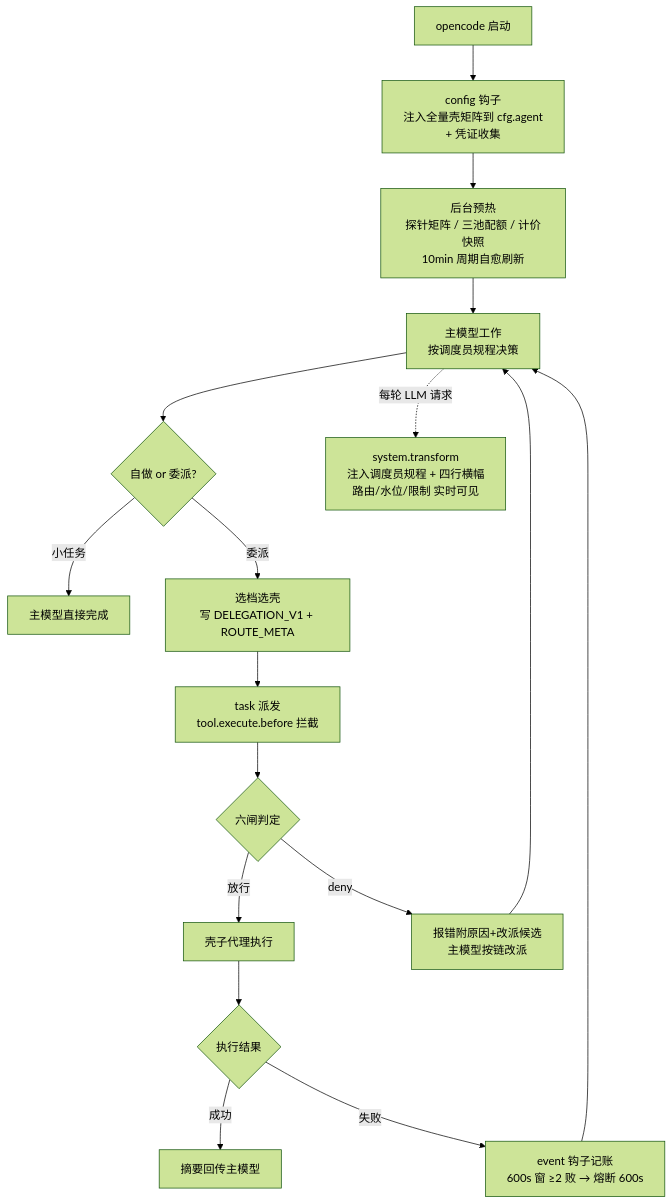
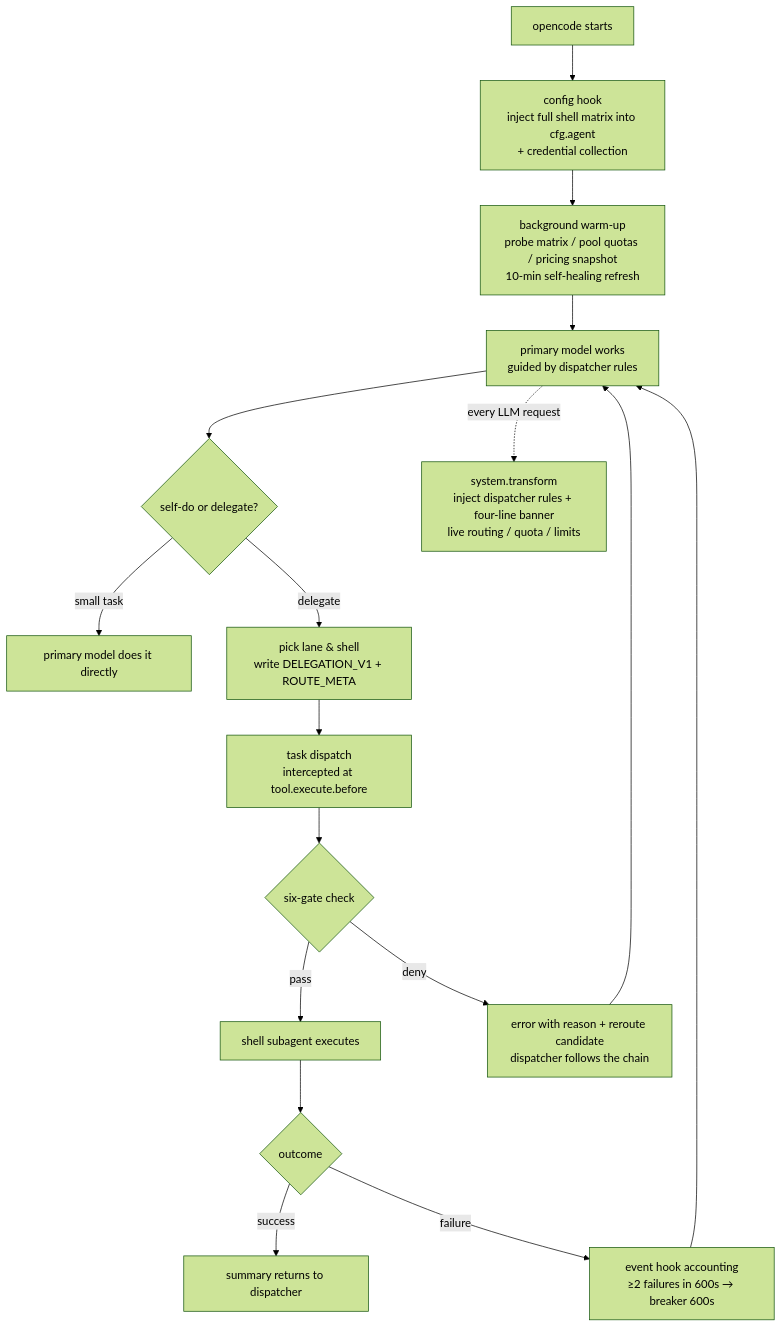
One commit to mrzturn/opencode-switchman changed the diagram in README.md. Above: the diagram before and after it, drawn with Mermaid (forest theme). The commit also changed other lines of this file and 4 other files, not shown here.

````diff
--- a/README.md
+++ b/README.md
@@ -137,19 +137,19 @@
 ```mermaid
 flowchart TD
-    A[opencode 启动] --> B[config 钩子<br/>注入全量壳矩阵到 cfg.agent<br/>+ 凭证收集]
-    B --> C[后台预热<br/>探针矩阵 / 三池配额 / 计价快照<br/>10min 周期自愈刷新]
-    C --> D[主模型工作<br/>按调度员规程决策]
-    D --> E{自做 or 委派?}
-    E -->|小任务| Z[主模型直接完成]
-    E -->|委派| F[选档选壳<br/>写 DELEGATION_V1 + ROUTE_META]
-    F --> G[task 派发<br/>tool.execute.before 拦截]
-    G --> H{六闸判定}
-    H -->|放行| I[壳子代理执行]
-    H -->|deny| J[报错附原因+改派候选<br/>主模型按链改派]
-    I --> K{执行结果}
-    K -->|成功| L[摘要回传主模型]
-    K -->|失败| M[event 钩子记账<br/>600s 窗 ≥2 败 → 熔断 600s]
+    A[opencode starts] --> B[config hook<br/>inject full shell matrix into cfg.agent<br/>+ credential collection]
+    B --> C[background warm-up<br/>probe matrix / pool quotas / pricing snapshot<br/>10-min self-healing refresh]
+    C --> D[primary model works<br/>guided by dispatcher rules]
+    D --> E{self-do or delegate?}
+    E -->|small task| Z[primary model does it directly]
+    E -->|delegate| F[pick lane & shell<br/>write DELEGATION_V1 + ROUTE_META]
+    F --> G[task dispatch<br/>intercepted at tool.execute.before]
+    G --> H{six-gate check}
+    H -->|pass| I[shell subagent executes]
+    H -->|deny| J[error with reason + reroute candidate<br/>dispatcher follows the chain]
+    I --> K{outcome}
+    K -->|success| L[summary returns to dispatcher]
+    K -->|failure| M[event hook accounting<br/>≥2 failures in 600s → breaker 600s]
     M --> D
     J --> D
-    D -.每轮 LLM 请求.-> N[system.transform<br/>注入调度员规程 + 四行横幅<br/>路由/水位/限制 实时可见]
+    D -.every LLM request.-> N[system.transform<br/>inject dispatcher rules + four-line banner<br/>live routing / quota / limits]
 ```
````
